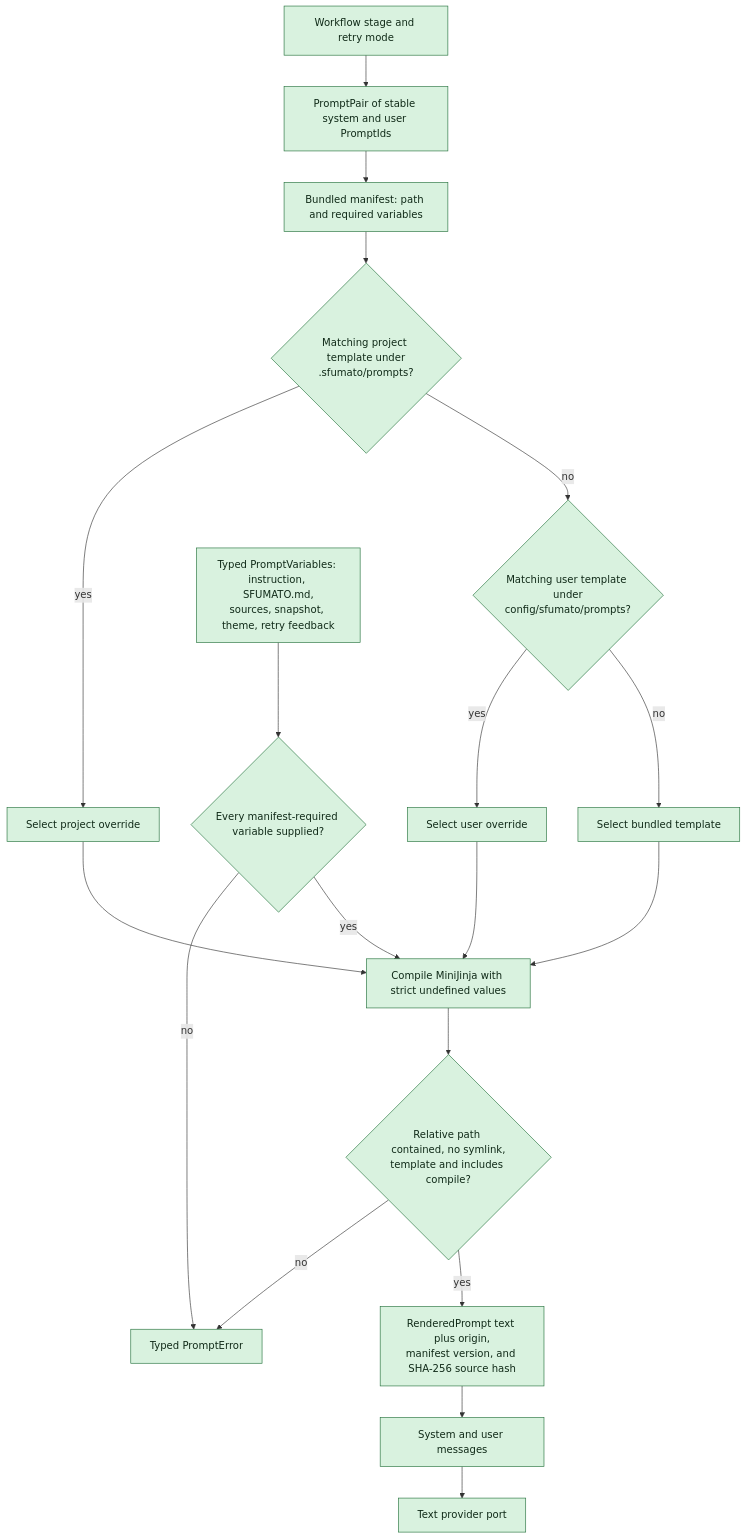
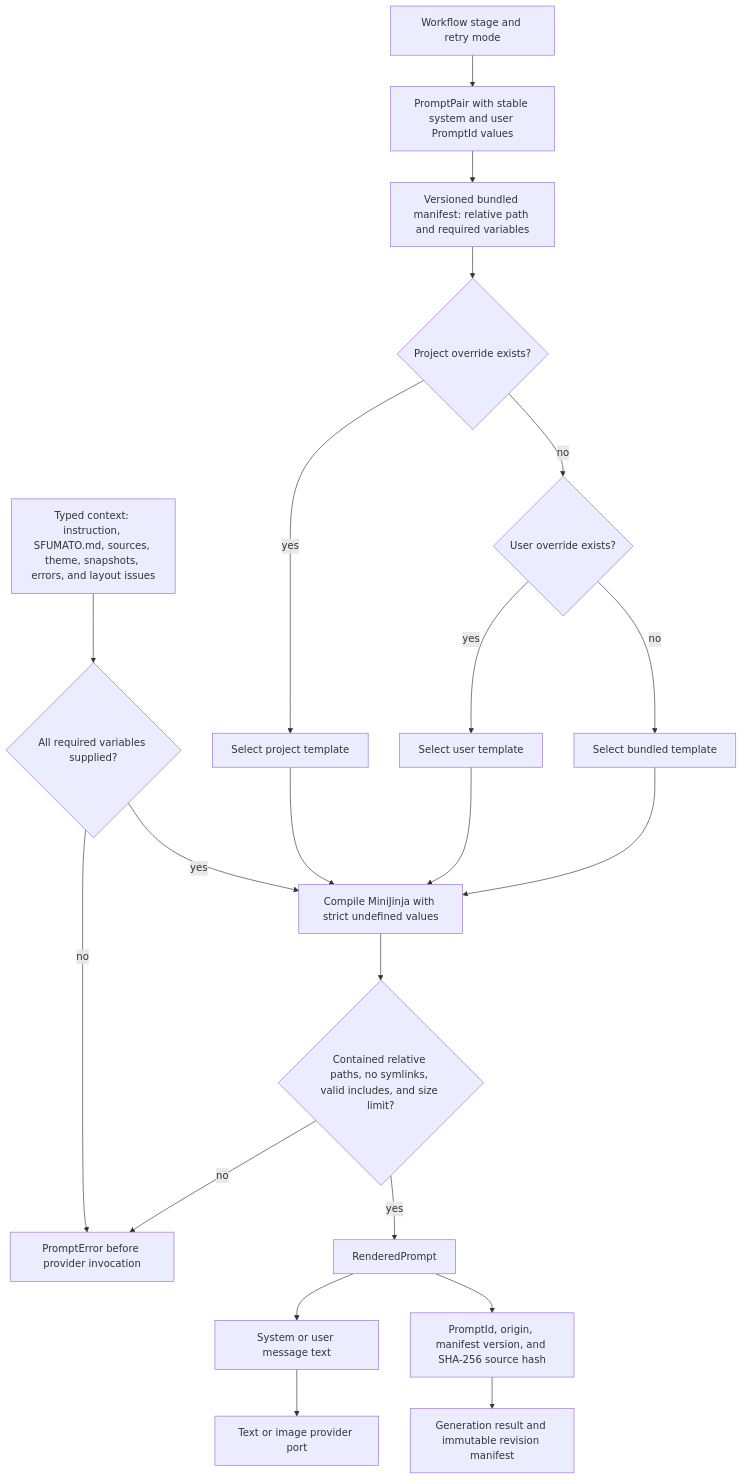
One commit to getsfumato/cli changed the diagram in docs/architecture/prompt-resolution.mmd. Above: the diagram before and after it, drawn with Mermaid. The commit also changed 26 other files, not shown here.

First line of the commit message:
refactor(architecture): finalize v0.2 contracts

```diff
--- a/docs/architecture/prompt-resolution.mmd
+++ b/docs/architecture/prompt-resolution.mmd
@@ -1,27 +1,23 @@
-%% Sfumato v0.2 prompt resolution
-%% Status: Implemented layered prompt resolution.
+%% Implemented strict prompt resolution and provenance flow.
 flowchart TD
-    STAGE["Workflow stage and retry mode"] --> PAIR["PromptPair of stable system and user PromptIds"]
-    PAIR --> MANIFEST["Bundled manifest: path and required variables"]
-    MANIFEST --> PROJECT{"Matching project template under\n.sfumato/prompts?"}
-    PROJECT -- yes --> SELECT_PROJECT["Select project override"]
-    PROJECT -- no --> USER{"Matching user template under\nconfig/sfumato/prompts?"}
-    USER -- yes --> SELECT_USER["Select user override"]
-    USER -- no --> SELECT_BUNDLED["Select bundled template"]
-    SELECT_PROJECT --> COMPILE
-    SELECT_USER --> COMPILE
-    SELECT_BUNDLED --> COMPILE["Compile MiniJinja with strict undefined values"]
-    VARIABLES["Typed PromptVariables: instruction, SFUMATO.md,\nsources, snapshot, theme, retry feedback"] --> REQUIRED{"Every manifest-required variable supplied?"}
-    REQUIRED -- no --> ERROR["Typed PromptError"]
+    STAGE["Workflow stage and retry mode"] --> PAIR["PromptPair with stable system and user PromptId values"]
+    PAIR --> MANIFEST["Versioned bundled manifest: relative path and required variables"]
+    MANIFEST --> PROJECT{"Project override exists?"}
+    PROJECT -- yes --> PROJECT_SOURCE["Select project template"]
+    PROJECT -- no --> USER{"User override exists?"}
+    USER -- yes --> USER_SOURCE["Select user template"]
+    USER -- no --> BUNDLED_SOURCE["Select bundled template"]
+
+    VARIABLES["Typed context: instruction, SFUMATO.md, sources, theme, snapshots, errors, and layout issues"] --> REQUIRED{"All required variables supplied?"}
+    REQUIRED -- no --> ERROR["PromptError before provider invocation"]
     REQUIRED -- yes --> COMPILE
-    COMPILE --> SAFE{"Relative path contained, no symlink,\ntemplate and includes compile?"}
+    PROJECT_SOURCE --> COMPILE["Compile MiniJinja with strict undefined values"]
+    USER_SOURCE --> COMPILE
+    BUNDLED_SOURCE --> COMPILE
+    COMPILE --> SAFE{"Contained relative paths, no symlinks, valid includes, and size limit?"}
     SAFE -- no --> ERROR
-    SAFE -- yes --> RENDER["RenderedPrompt text plus origin,\nmanifest version, and SHA-256 source hash"]
-    RENDER --> MESSAGES["System and user messages"]
-    MESSAGES --> PROVIDER["Text provider port"]
-
-    classDef implemented fill:#d9f2df,stroke:#24713b,color:#102a18
-    classDef inflight fill:#fff0c2,stroke:#9a6b00,color:#332400
-    classDef proposed fill:#dcecff,stroke:#2d64a8,color:#10243d
-    classDef mixed fill:#e8e2f5,stroke:#65508f,color:#241b35
-    class STAGE,PAIR,MANIFEST,PROJECT,USER,SELECT_PROJECT,SELECT_USER,SELECT_BUNDLED,COMPILE,VARIABLES,REQUIRED,ERROR,SAFE,RENDER,MESSAGES,PROVIDER implemented
+    SAFE -- yes --> RENDER["RenderedPrompt"]
+    RENDER --> TEXT["System or user message text"]
+    RENDER --> PROVENANCE["PromptId, origin, manifest version, and SHA-256 source hash"]
+    TEXT --> PROVIDER["Text or image provider port"]
+    PROVENANCE --> RESULT["Generation result and immutable revision manifest"]
```
